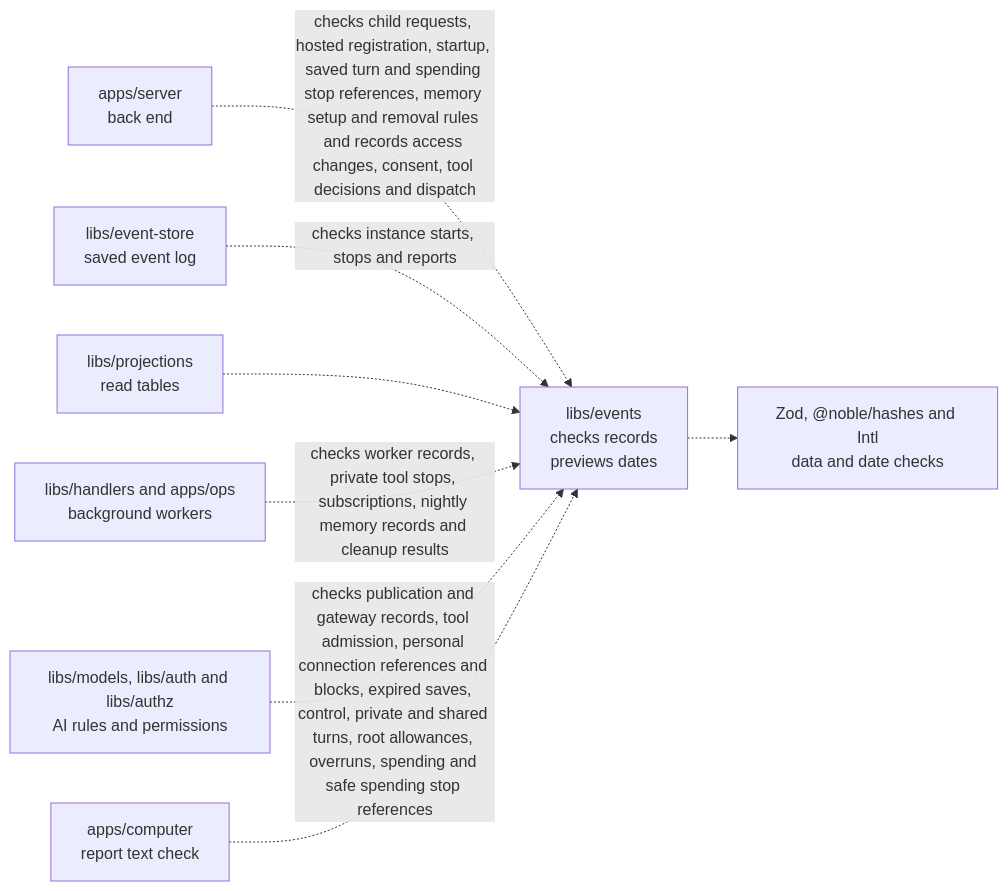
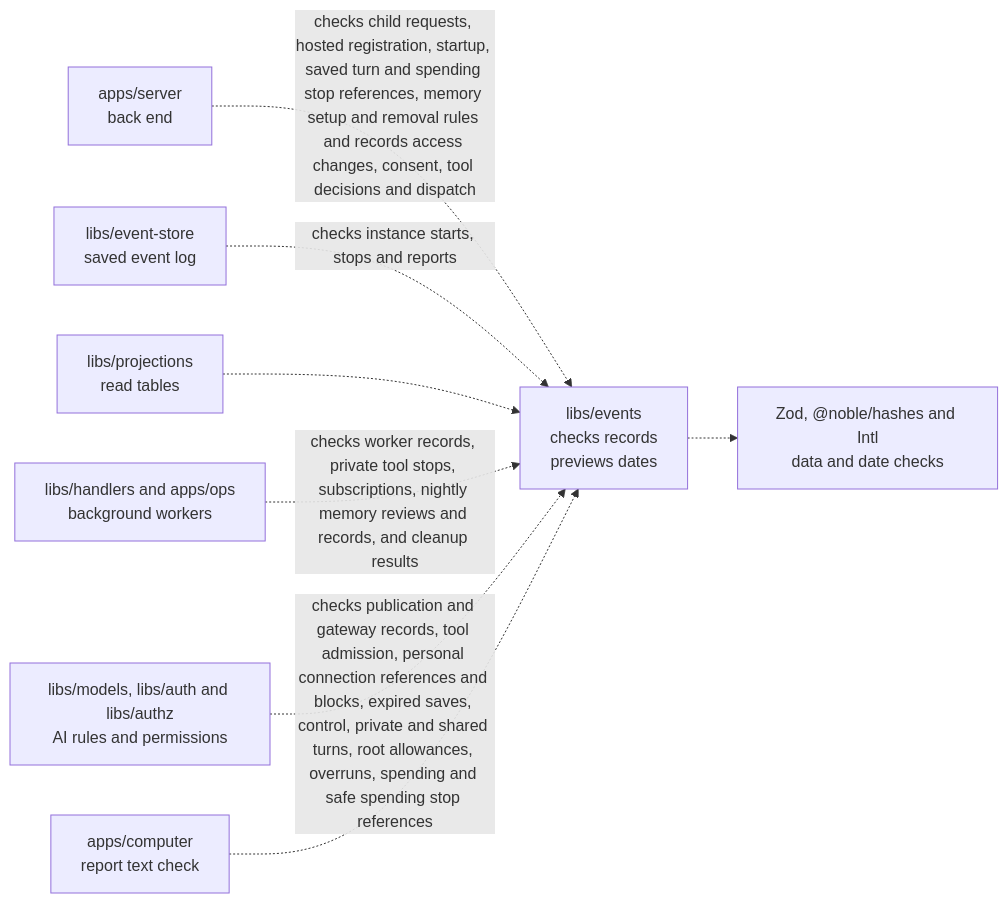
The diagram in libs/events/README.md (elewa-git/opencrane-new), drawn with Mermaid before and after one commit. The commit also changed other lines of this file and 19 other files, not shown here.

Commit message:
🌙 Review bounded nightly memory inputs and status

````diff
--- a/libs/events/README.md
+++ b/libs/events/README.md
@@ -27,10 +27,10 @@
 ```mermaid
 flowchart LR
   server["apps/server<br/>back end"] -.->|checks child requests, hosted registration, startup, saved turn and spending stop references, memory setup and removal rules and records access changes, consent, tool decisions and dispatch| events["libs/events<br/>checks records<br/>previews dates"]
   store["libs/event-store<br/>saved event log"] -.->|checks instance starts, stops and reports| events
   projections["libs/projections<br/>read tables"] -.-> events
-  workers["libs/handlers and apps/ops<br/>background workers"] -.->|checks worker records, private tool stops, subscriptions, nightly memory records and cleanup results| events
+  workers["libs/handlers and apps/ops<br/>background workers"] -.->|checks worker records, private tool stops, subscriptions, nightly memory reviews and records, and cleanup results| events
   others["libs/models, libs/auth and libs/authz<br/>AI rules and permissions"] -.->|checks publication and gateway records, tool admission, personal connection references and blocks, expired saves, control, private and shared turns, root allowances, overruns, spending and safe spending stop references| events
   computer["apps/computer<br/>report text check"] -.-> events
   events -.-> checks["Zod, @noble/hashes and Intl<br/>data and date checks"]
 ```
````
